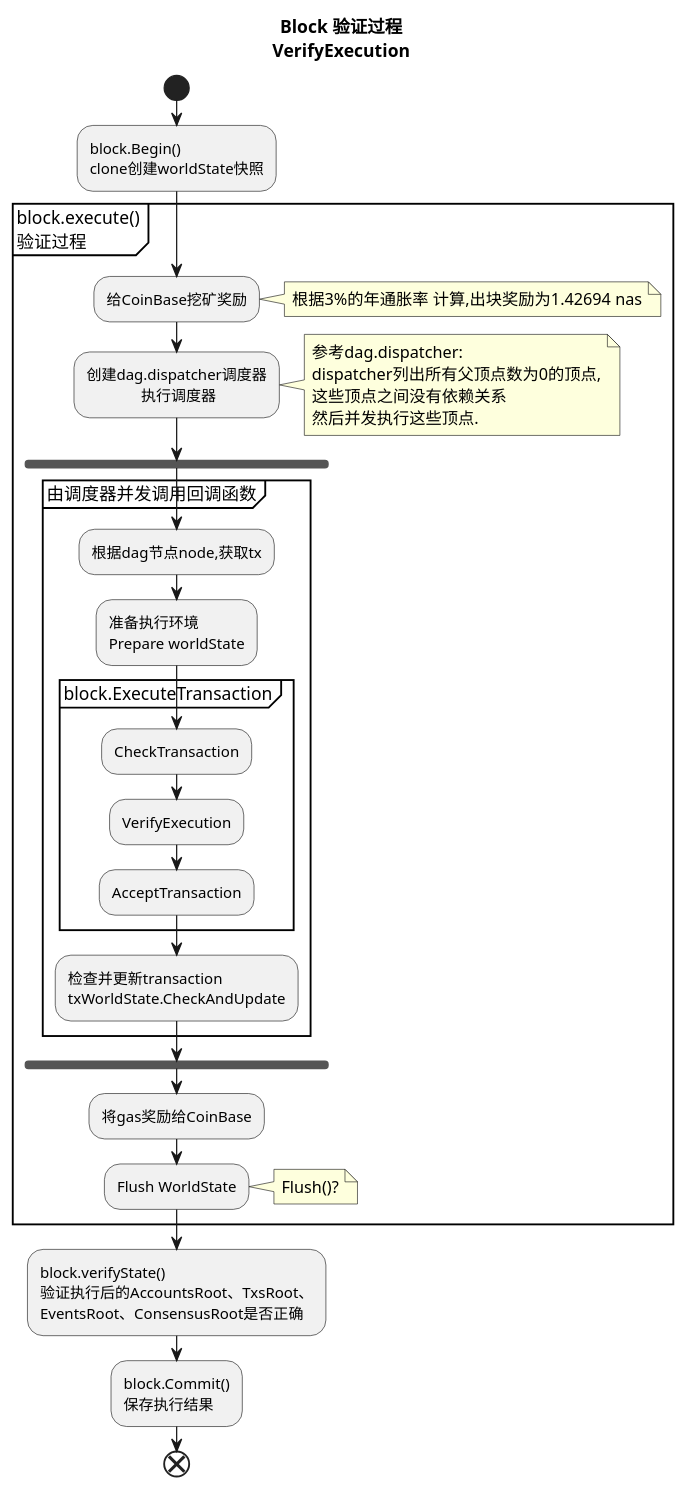
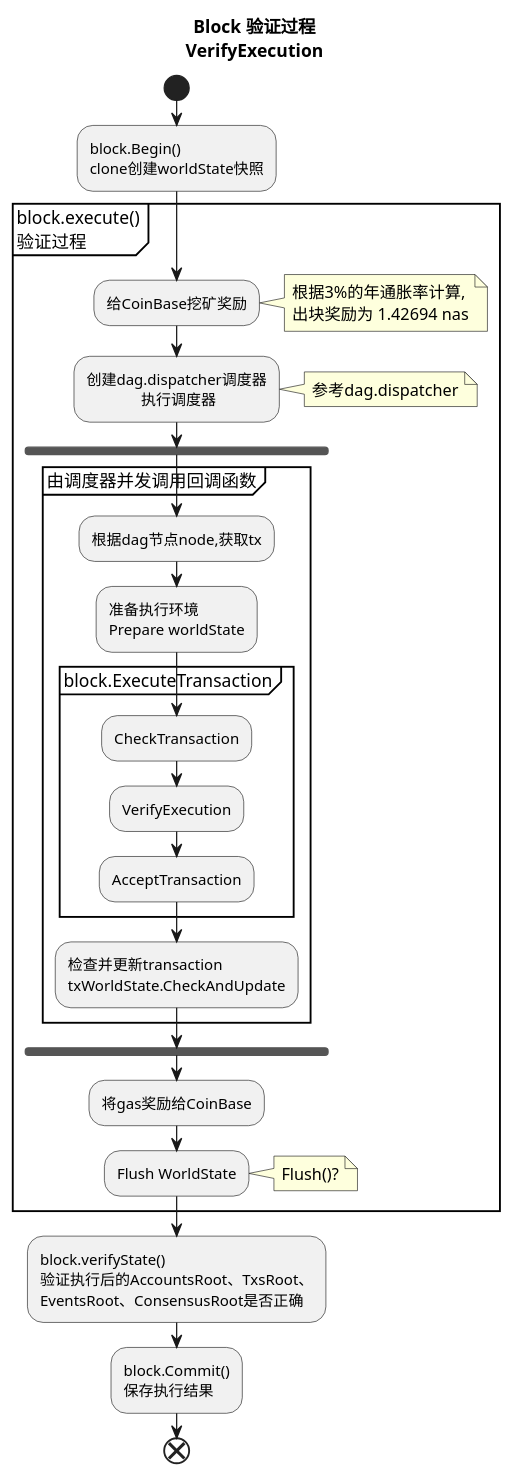
Before and after one commit to yupnano/go-nebulas-docs: the diagram in resource/block-VerifyExecution.plantuml, drawn with PlantUML. The commit also changed 1 other file, not shown here.

```diff
--- a/resource/block-VerifyExecution.plantuml
+++ b/resource/block-VerifyExecution.plantuml
@@ -1,59 +1,57 @@
 @startuml
 title: Block 验证过程\nVerifyExecution
 
 start;
 
 :block.Begin()
 clone创建worldState快照;
 
 
 partition block.execute()\n验证过程 {
 :给CoinBase挖矿奖励;
     note right
-    根据3%的年通胀率 计算,出块奖励为1.42694 nas
+    根据3%的年通胀率计算,
+    出块奖励为 1.42694 nas
     end note
 
 :创建dag.dispatcher调度器
               执行调度器;
     note right
-    参考dag.dispatcher:
-    dispatcher列出所有父顶点数为0的顶点,
-    这些顶点之间没有依赖关系
-    然后并发执行这些顶点.
+    参考dag.dispatcher
     endnote
 
 fork
 partition 由调度器并发调用回调函数{
     :根据dag节点node,获取tx;
 
     :准备执行环境
     Prepare worldState;
 
     partition block.ExecuteTransaction {
     :CheckTransaction;
     :VerifyExecution;
     :AcceptTransaction;
     }
 
     :检查并更新transaction
     txWorldState.CheckAndUpdate;
 }
 end fork
 
 :将gas奖励给CoinBase;
 :Flush WorldState;
     note right
     Flush()?
     end note
 
 }
 
 :block.verifyState()
 验证执行后的AccountsRoot、TxsRoot、
 EventsRoot、ConsensusRoot是否正确;
 
 :block.Commit()
 保存执行结果;
 
 end
 @enduml
```
